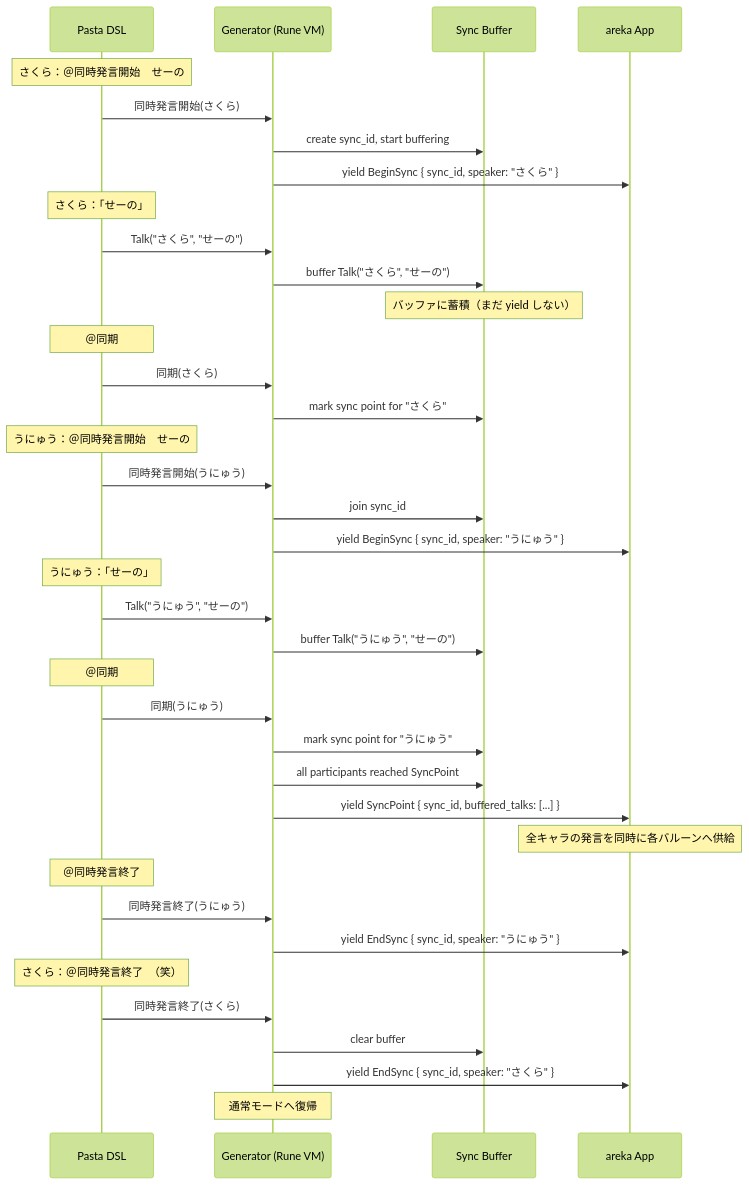
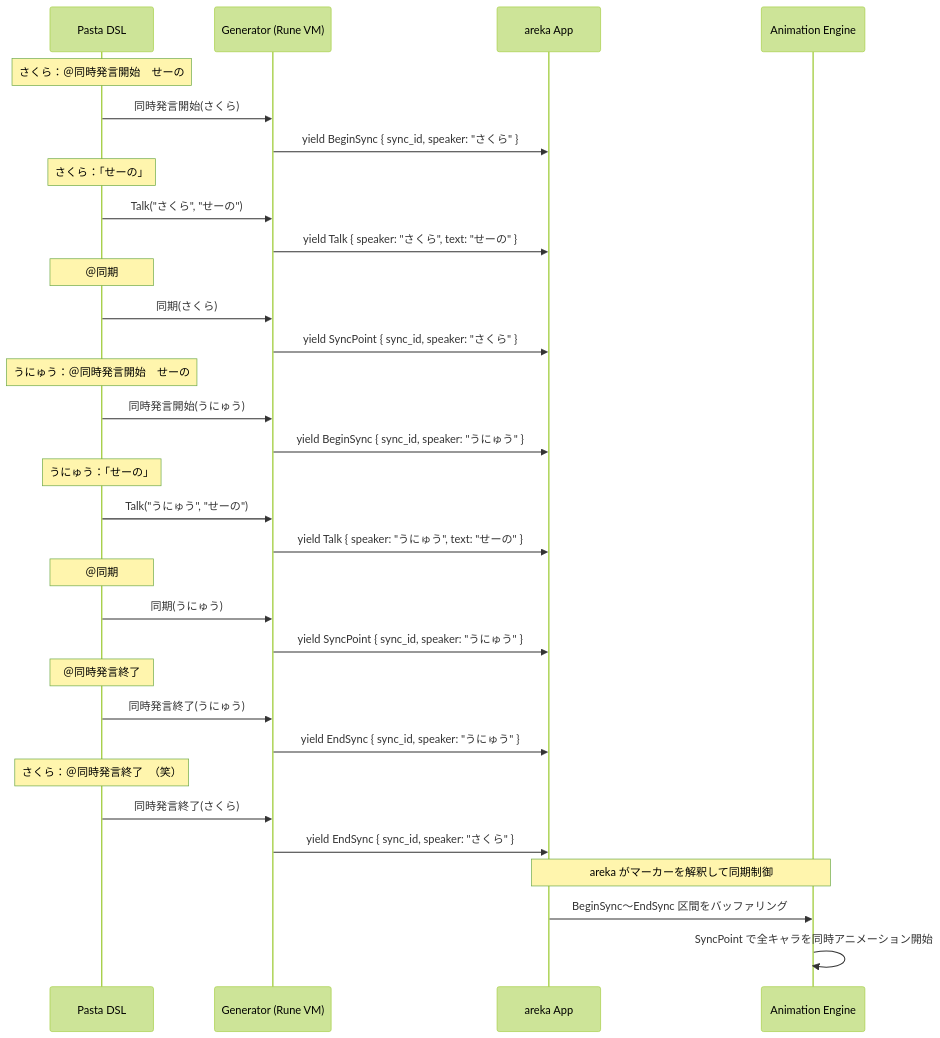
One commit to ekicyou/dcomp_sample-rs changed the fourth of 7 diagrams in .kiro/specs/areka-P0-script-engine/design.md. Above: the diagram before and after it, drawn with Mermaid (forest theme). The commit also changed other lines of this file, not shown here.

First line of the commit message:
fix(areka-P0-script-engine): 問題2再修正 - pastaを純粋なスクリプト生成エンジンに

````diff
--- a/.kiro/specs/areka-P0-script-engine/design.md
+++ b/.kiro/specs/areka-P0-script-engine/design.md
@@ -229,47 +229,43 @@
 ```mermaid
 sequenceDiagram
     participant DSL as Pasta DSL
     participant Gen as Generator (Rune VM)
-    participant Buffer as Sync Buffer
     participant App as areka App
+    participant Anim as Animation Engine
 
     Note over DSL: さくら：＠同時発言開始　せーの
     DSL->>Gen: 同時発言開始(さくら)
-    Gen->>Buffer: create sync_id, start buffering
     Gen->>App: yield BeginSync { sync_id, speaker: "さくら" }
     
     Note over DSL: さくら：「せーの」
     DSL->>Gen: Talk("さくら", "せーの")
-    Gen->>Buffer: buffer Talk("さくら", "せーの")
-    Note over Buffer: バッファに蓄積（まだ yield しない）
+    Gen->>App: yield Talk { speaker: "さくら", text: "せーの" }
     
     Note over DSL: 　＠同期
     DSL->>Gen: 同期(さくら)
-    Gen->>Buffer: mark sync point for "さくら"
+    Gen->>App: yield SyncPoint { sync_id, speaker: "さくら" }
     
     Note over DSL: うにゅう：＠同時発言開始　せーの
     DSL->>Gen: 同時発言開始(うにゅう)
-    Gen->>Buffer: join sync_id
     Gen->>App: yield BeginSync { sync_id, speaker: "うにゅう" }
     
     Note over DSL: うにゅう：「せーの」
     DSL->>Gen: Talk("うにゅう", "せーの")
-    Gen->>Buffer: buffer Talk("うにゅう", "せーの")
+    Gen->>App: yield Talk { speaker: "うにゅう", text: "せーの" }
     
     Note over DSL: 　＠同期
     DSL->>Gen: 同期(うにゅう)
-    Gen->>Buffer: mark sync point for "うにゅう"
-    Gen->>Buffer: all participants reached SyncPoint
-    Gen->>App: yield SyncPoint { sync_id, buffered_talks: [...] }
-    Note over App: 全キャラの発言を同時に各バルーンへ供給
+    Gen->>App: yield SyncPoint { sync_id, speaker: "うにゅう" }
     
     Note over DSL: 　＠同時発言終了
     DSL->>Gen: 同時発言終了(うにゅう)
     Gen->>App: yield EndSync { sync_id, speaker: "うにゅう" }
     
     Note over DSL: さくら：＠同時発言終了　（笑）
     DSL->>Gen: 同時発言終了(さくら)
-    Gen->>Buffer: clear buffer
     Gen->>App: yield EndSync { sync_id, speaker: "さくら" }
-    Note over Gen: 通常モードへ復帰
+    
+    Note over App,Anim: areka がマーカーを解釈して同期制御
+    App->>Anim: BeginSync～EndSync 区間をバッファリング
+    Anim->>Anim: SyncPoint で全キャラを同時アニメーション開始
 ```
````
